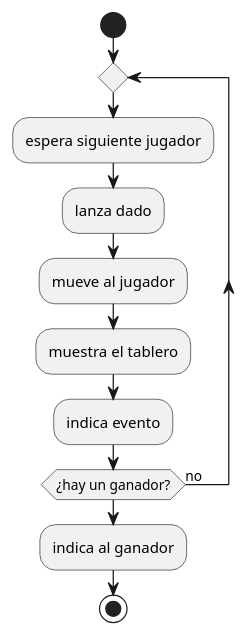
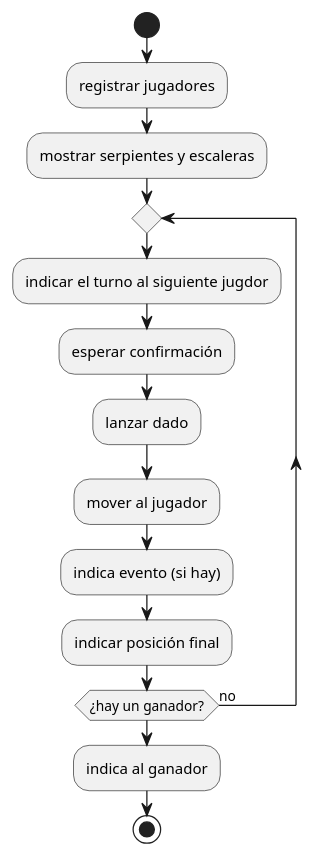
Before and after one commit to QuirozE/uix: the third of 4 diagrams in hw/snakes_ladders/snakes_ladders.org, drawn with PlantUML. The commit also changed other lines of this file and 3 other files, not shown here.

```diff
--- a/hw/snakes_ladders/snakes_ladders.org
+++ b/hw/snakes_ladders/snakes_ladders.org
@@ -29,12 +124,15 @@
-#+begin_src plantuml :file moderador_flux.png
+#+begin_src plantuml :file imgs/moderador_flux.png
 start
+:registrar jugadores;
+:mostrar serpientes y escaleras;
 repeat
-  :espera siguiente jugador;
-  :lanza dado;
-  :mueve al jugador;
-  :muestra el tablero;
-  :indica evento;
+  :indicar el turno al siguiente jugdor;
+  :esperar confirmación;
+  :lanzar dado;
+  :mover al jugador;
+  :indica evento (si hay);
+  :indicar posición final;
 repeat while (¿hay un ganador?) is (no)
 :indica al ganador;
 stop
 #+end_src
```
